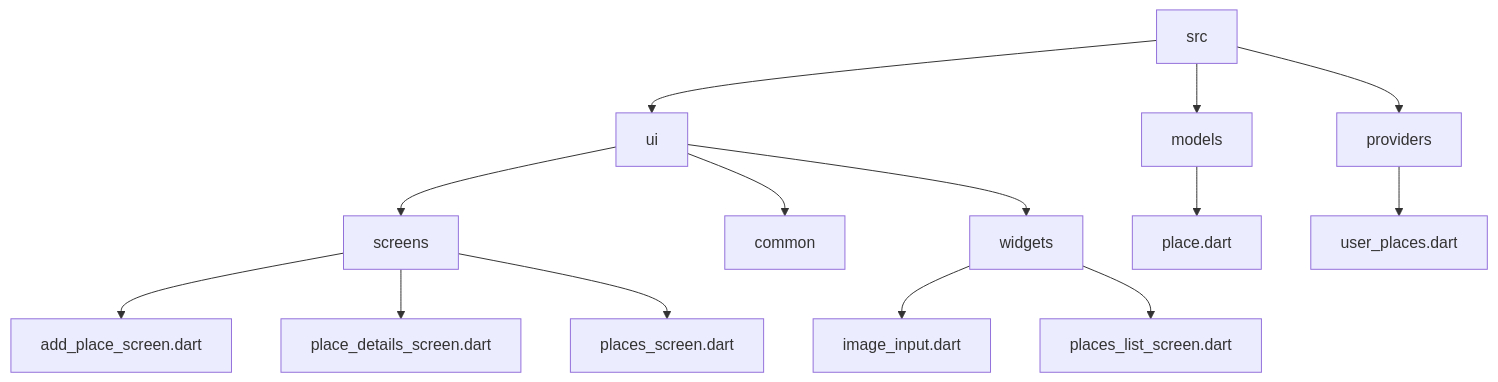
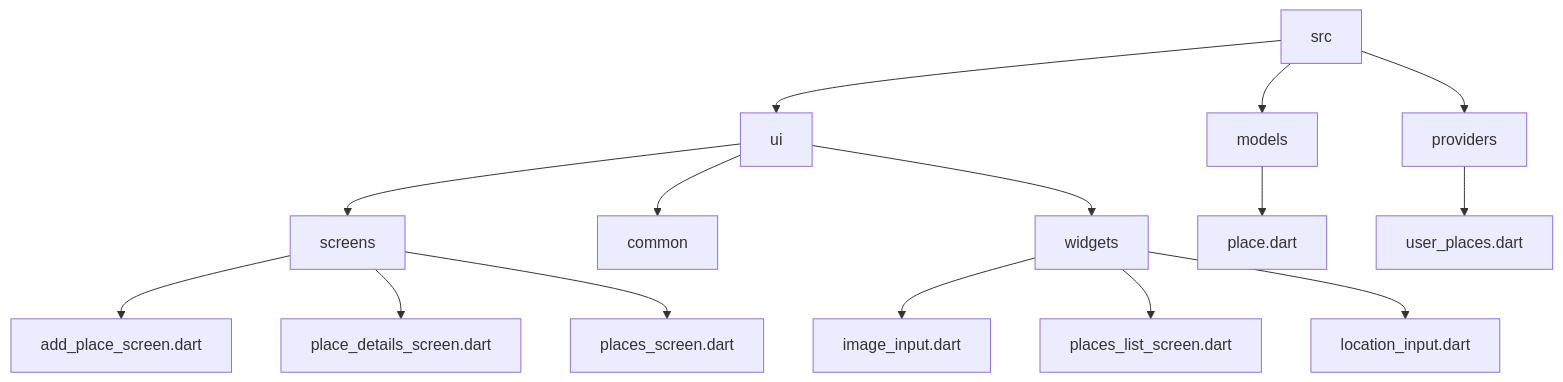
Before and after one commit to PriyathamVarma/Learn-Flutter: the diagram in Native-App/Part-01.md, drawn with Mermaid. The commit also changed other lines of this file, not shown here.

First line of the commit message:
🟠 UPDATE | ./Native-App/Part-01.md : Location picking

````diff
--- a/Native-App/Part-01.md
+++ b/Native-App/Part-01.md
@@ -4,21 +4,20 @@
 ```mermaid
-
 
 graph TD
 
 A[src] --> B[ui]
 B --> C[screens]
 B --> D[common]
 B --> E[widgets]
 E --> F[image_input.dart]
 C --> G[add_place_screen.dart]
 C --> H[place_details_screen.dart]
 C --> I[places_screen.dart]
 E --> J[places_list_screen.dart]
 A --> K[models]
 K --> L[place.dart]
 A --> M[providers]
 M --> N[user_places.dart]
-
+E --> O[location_input.dart]
 
 ```
````
